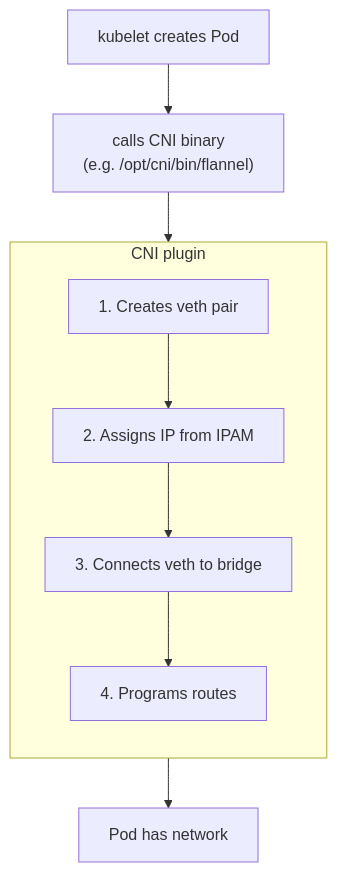
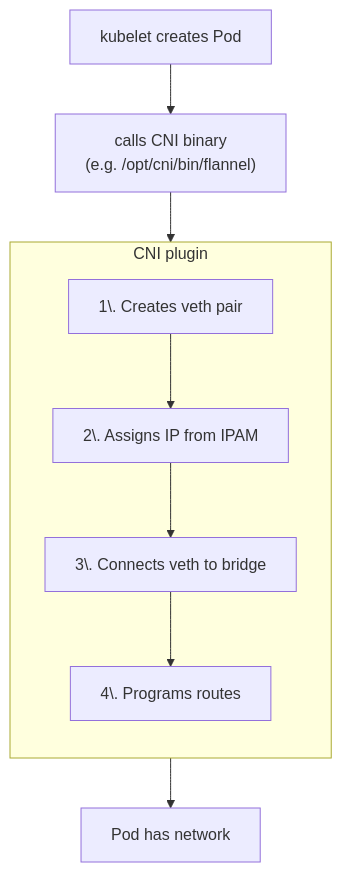
Before and after one commit to albujuk/Notes: the fourth of 7 diagrams in 300 - Containers/Kubernetes/Networking.md, drawn with Mermaid. The commit also changed other lines of this file, not shown here.

````diff
--- a/300 - Containers/Kubernetes/Networking.md
+++ b/300 - Containers/Kubernetes/Networking.md
@@ -140,14 +140,14 @@
 ```mermaid
 flowchart TD
     A["kubelet creates Pod"] --> B["calls CNI binary<br>(e.g. /opt/cni/bin/flannel)"]
     B --> C1
 
     subgraph C["CNI plugin"]
         direction TB
-        C1["1. Creates veth pair"] --> C2["2. Assigns IP from IPAM"]
-        C2 --> C3["3. Connects veth to bridge"]
-        C3 --> C4["4. Programs routes"]
+        C1["1\. Creates veth pair"] --> C2["2\. Assigns IP from IPAM"]
+        C2 --> C3["3\. Connects veth to bridge"]
+        C3 --> C4["4\. Programs routes"]
     end
 
     C4 --> D["Pod has network"]
 ```
````
